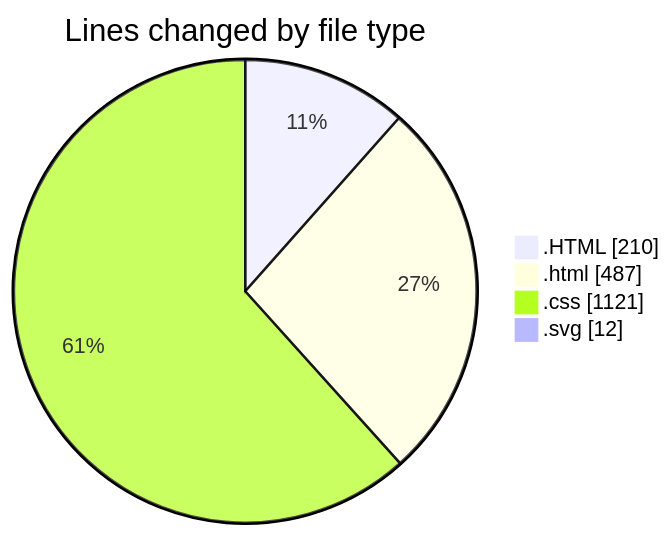
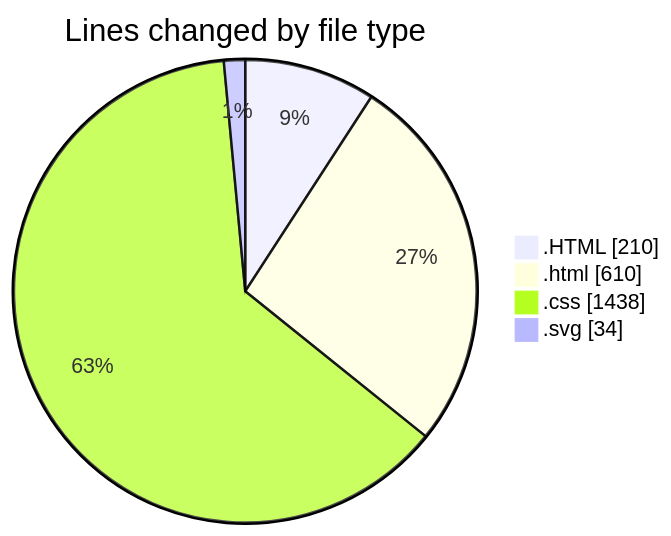
The first of 2 diagrams in 2026-09-03/web_tec_2026/README.md (Unknowalive/code-tracking), drawn with Mermaid before and after one commit. The commit also changed other lines of this file and 1 other file, not shown here.

````diff
--- a/2026-09-03/web_tec_2026/README.md
+++ b/2026-09-03/web_tec_2026/README.md
@@ -31,8 +34,8 @@
 ```mermaid
 pie showData
 title Lines changed by file type
 ".HTML" : 210
-".html" : 487
-".css" : 1121
-".svg" : 12
+".html" : 610
+".css" : 1438
+".svg" : 34
 ```
````
